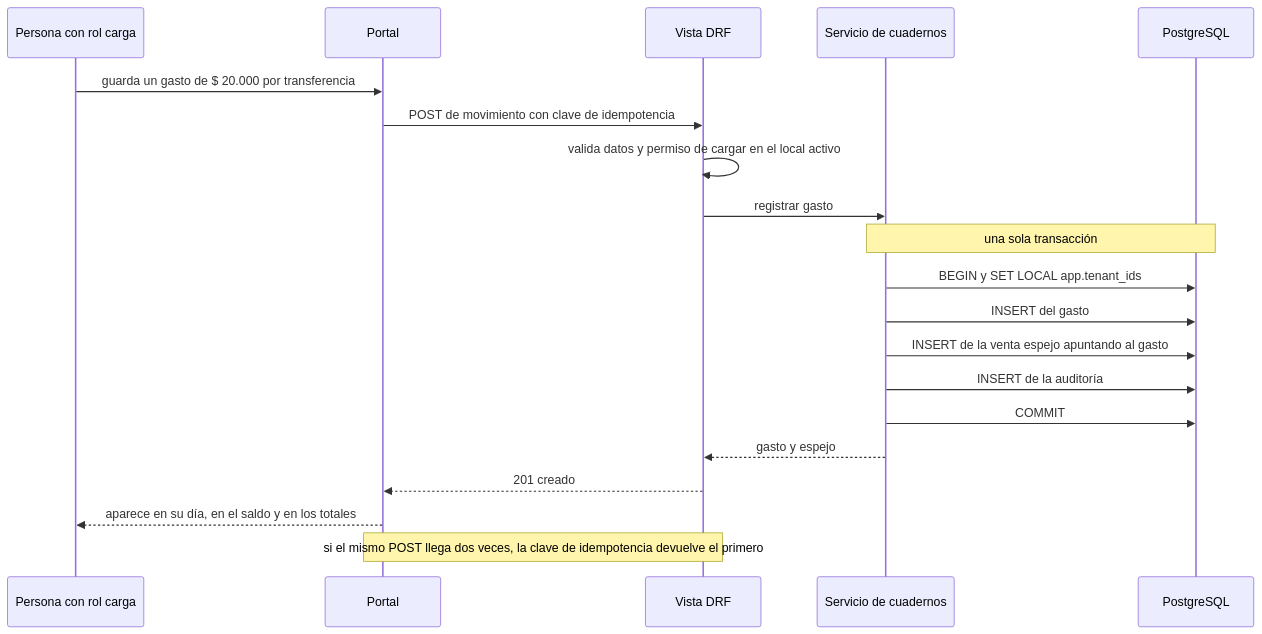
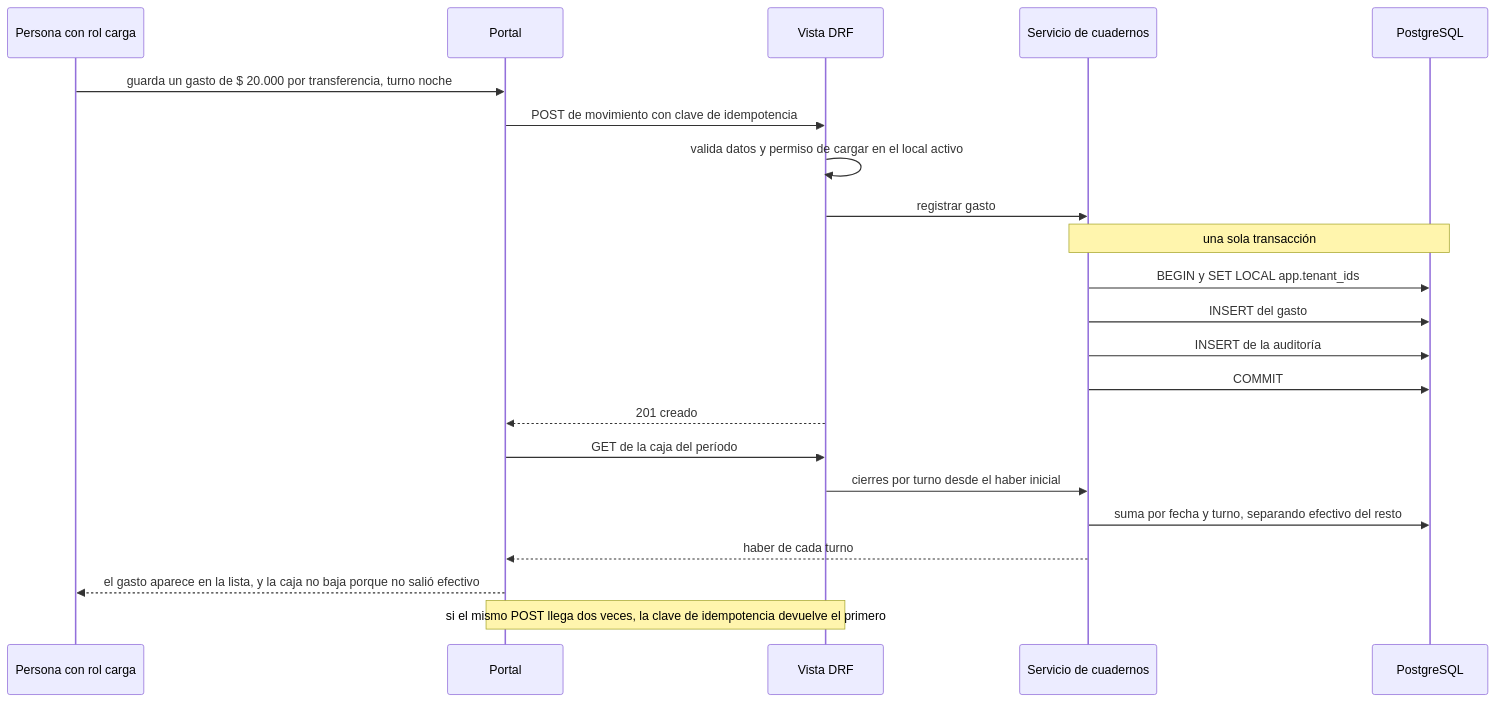
The first of 2 diagrams in docs/diagramas/05-secuencias-tecnicas.md (aleharo2003/floky-cuadernos), drawn with Mermaid before and after one commit. The commit also changed other lines of this file and 45 other files, not shown here.

````diff
--- a/docs/diagramas/05-secuencias-tecnicas.md
+++ b/docs/diagramas/05-secuencias-tecnicas.md
@@ -12,22 +12,24 @@
 ```mermaid
 sequenceDiagram
     participant P as Persona con rol carga
     participant UI as Portal
     participant V as Vista DRF
     participant S as Servicio de cuadernos
     participant DB as PostgreSQL
-    P->>UI: guarda un gasto de $ 20.000 por transferencia
+    P->>UI: guarda un gasto de $ 20.000 por transferencia, turno noche
     UI->>V: POST de movimiento con clave de idempotencia
     V->>V: valida datos y permiso de cargar en el local activo
     V->>S: registrar gasto
     Note over S,DB: una sola transacción
     S->>DB: BEGIN y SET LOCAL app.tenant_ids
     S->>DB: INSERT del gasto
-    S->>DB: INSERT de la venta espejo apuntando al gasto
     S->>DB: INSERT de la auditoría
     S->>DB: COMMIT
-    S-->>V: gasto y espejo
     V-->>UI: 201 creado
-    UI-->>P: aparece en su día, en el saldo y en los totales
+    UI->>V: GET de la caja del período
+    V->>S: cierres por turno desde el haber inicial
+    S->>DB: suma por fecha y turno, separando efectivo del resto
+    S-->>UI: haber de cada turno
+    UI-->>P: el gasto aparece en la lista, y la caja no baja porque no salió efectivo
     Note over UI,V: si el mismo POST llega dos veces, la clave de idempotencia devuelve el primero
 ```
````
